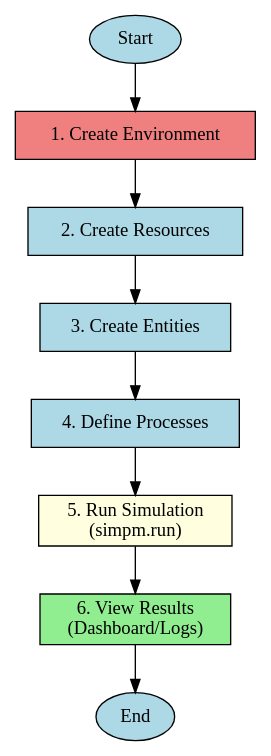
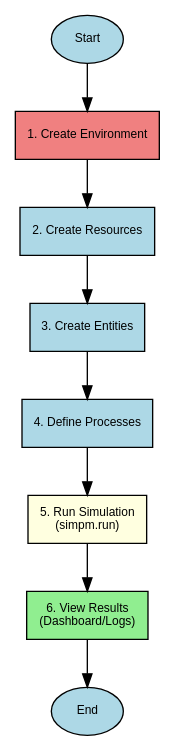
One commit to Project-SimPM/SimPM changed the diagram in docs/source/_visualizations/simpm_workflow.dot. Above: the diagram before and after it, drawn with Graphviz. The commit also changed 8 other files, not shown here.

Commit message:
Reduce font sizes in diagrams for better proportionality and readability

```diff
--- a/docs/source/_visualizations/simpm_workflow.dot
+++ b/docs/source/_visualizations/simpm_workflow.dot
@@ -1,22 +1,22 @@
 digraph SimPM_Workflow {
-    graph [rankdir=TB, bgcolor=white];
-    node [shape=box, style="filled", fillcolor=lightblue];
+    graph [rankdir=TB, bgcolor=white, fontsize=10];
+    node [shape=box, style="filled", fillcolor=lightblue, fontsize=9, fontname="Arial"];
     
     Start [shape=ellipse, label="Start"];
     CreateEnv [label="1. Create Environment"];
     CreateResources [label="2. Create Resources"];
     CreateEntities [label="3. Create Entities"];
     DefineProcess [label="4. Define Processes"];
     RunSim [label="5. Run Simulation
 (simpm.run)"];
     ViewResults [label="6. View Results
 (Dashboard/Logs)"];
     End [shape=ellipse, label="End"];
     
     Start -> CreateEnv -> CreateResources -> CreateEntities -> DefineProcess -> RunSim -> ViewResults -> End;
     
     // Styling
     CreateEnv [fillcolor=lightcoral];
     RunSim [fillcolor=lightyellow];
     ViewResults [fillcolor=lightgreen];
 }
```
